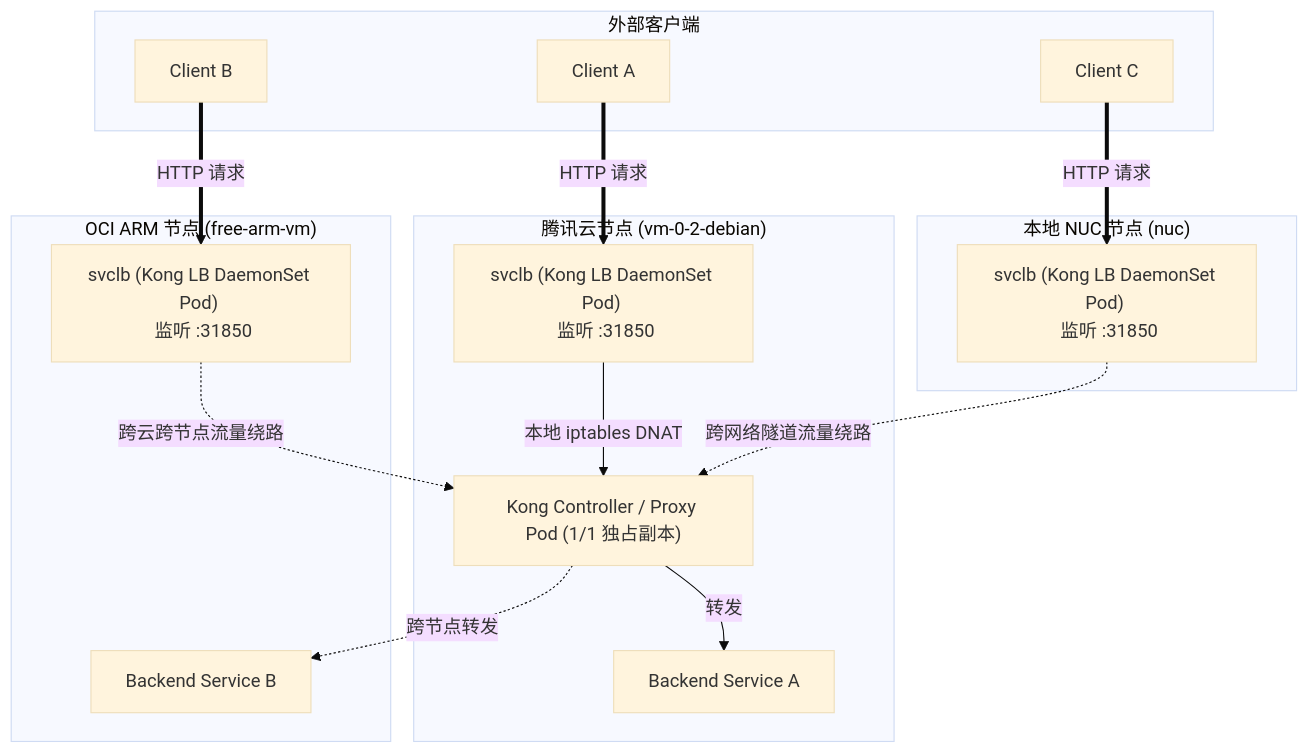
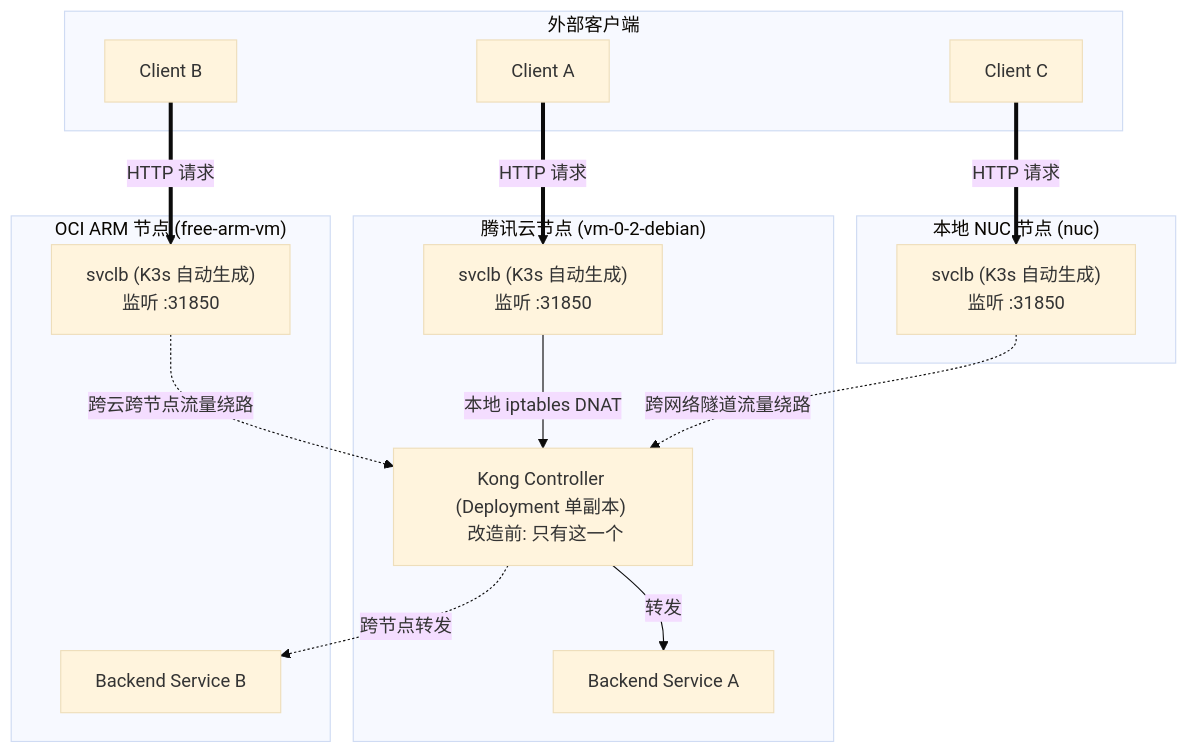
The first of 2 diagrams in kong_ha_daemonset_local_traffic_architecture.md (nvd11/my-blogs), drawn with Mermaid (base theme) before and after one commit. The commit also changed other lines of this file, not shown here.

Commit message:
docs: clarify svclb is K3s infra (not DaemonSet change target); DaemonSet applies only to Kong Controller

````diff
--- a/kong_ha_daemonset_local_traffic_architecture.md
+++ b/kong_ha_daemonset_local_traffic_architecture.md
@@ -37,34 +37,34 @@
 ```mermaid
 graph TD
     subgraph Clients ["外部客户端"]
         C1["Client A"]
         C2["Client B"]
         C3["Client C"]
     end
 
     subgraph Node1 ["腾讯云节点 (vm-0-2-debian)"]
-        LB1["svclb (Kong LB DaemonSet Pod) <br/> 监听 :31850"]
-        KongPod1["Kong Controller / Proxy Pod (1/1 独占副本)"]
+        LB1["svclb (K3s 自动生成) <br/> 监听 :31850"]
+        KongPod1["Kong Controller (Deployment 单副本) <br/> 改造前: 只有这一个"]
         Svc1["Backend Service A"]
     end
 
     subgraph Node2 ["OCI ARM 节点 (free-arm-vm)"]
-        LB2["svclb (Kong LB DaemonSet Pod) <br/> 监听 :31850"]
+        LB2["svclb (K3s 自动生成) <br/> 监听 :31850"]
         Svc2["Backend Service B"]
     end
 
     subgraph Node3 ["本地 NUC 节点 (nuc)"]
-        LB3["svclb (Kong LB DaemonSet Pod) <br/> 监听 :31850"]
+        LB3["svclb (K3s 自动生成) <br/> 监听 :31850"]
     end
 
     C1 ==>|HTTP 请求| LB1
     C2 ==>|HTTP 请求| LB2
     C3 ==>|HTTP 请求| LB3
 
     LB1 -->|本地 iptables DNAT| KongPod1
     LB2 -.->|跨云跨节点流量绕路| KongPod1
     LB3 -.->|跨网络隧道流量绕路| KongPod1
 
     KongPod1 -->|转发| Svc1
     KongPod1 -.->|跨节点转发| Svc2
 ```
````
